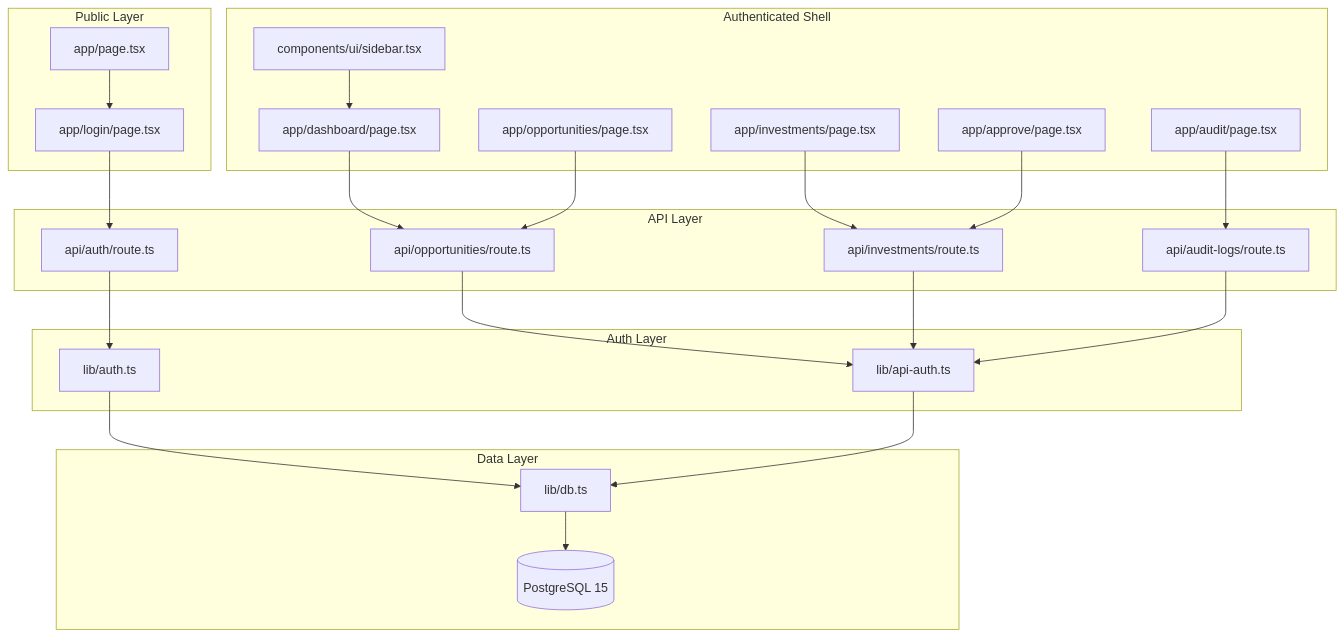
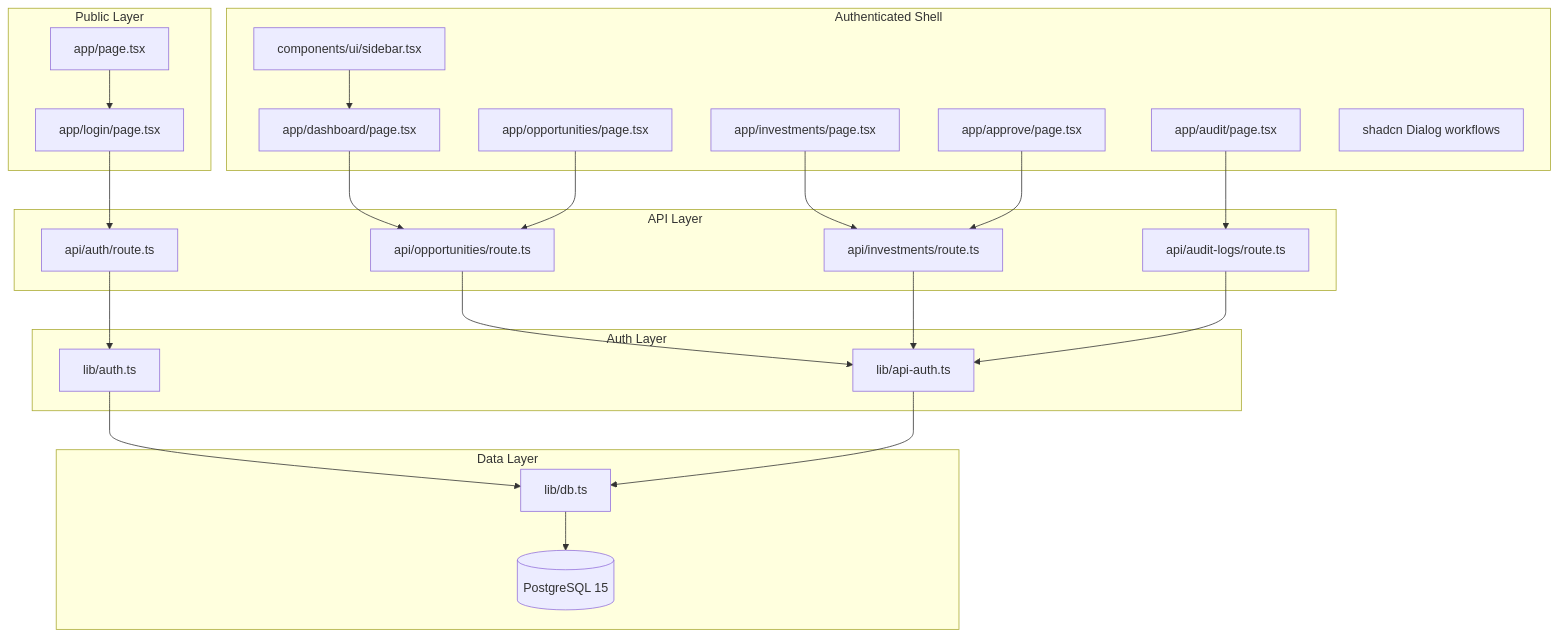
One commit to iMythms/project-invest changed the diagram in README.md. Above: the diagram before and after it, drawn with Mermaid. The commit also changed other lines of this file and 37 other files, not shown here.

Commit message:
Add investment_manager role, shadcn dialogs/charts, and refactor operational pages onto shadcn primitives

````diff
--- a/README.md
+++ b/README.md
@@ -15,52 +15,53 @@
 ```mermaid
 flowchart TB
    subgraph public[Public Layer]
       landing[app/page.tsx]
       login[app/login/page.tsx]
    end
 
    subgraph authenticated[Authenticated Shell]
       sidebar[components/ui/sidebar.tsx]
       dashboard[app/dashboard/page.tsx]
       opportunities[app/opportunities/page.tsx]
       investments[app/investments/page.tsx]
       approve[app/approve/page.tsx]
       audit[app/audit/page.tsx]
+      dialogs[shadcn Dialog workflows]
    end
 
    subgraph api[API Layer]
       authRoute[api/auth/route.ts]
       oppRoute[api/opportunities/route.ts]
       invRoute[api/investments/route.ts]
       auditRoute[api/audit-logs/route.ts]
    end
 
    subgraph auth[Auth Layer]
       jwt[lib/auth.ts]
       apiGuard[lib/api-auth.ts]
    end
 
    subgraph data[Data Layer]
       prismaClient[lib/db.ts]
       postgres[(PostgreSQL 15)]
    end
 
    landing --> login
    login --> authRoute
    authRoute --> jwt
    jwt --> prismaClient
 
    sidebar --> dashboard
    dashboard --> oppRoute
-   opportunities --> oppRoute
-   investments --> invRoute
+    opportunities --> oppRoute
+    investments --> invRoute
    approve --> invRoute
    audit --> auditRoute
 
    oppRoute --> apiGuard
    invRoute --> apiGuard
    auditRoute --> apiGuard
 
    apiGuard --> prismaClient
    prismaClient --> postgres
 ```
````
